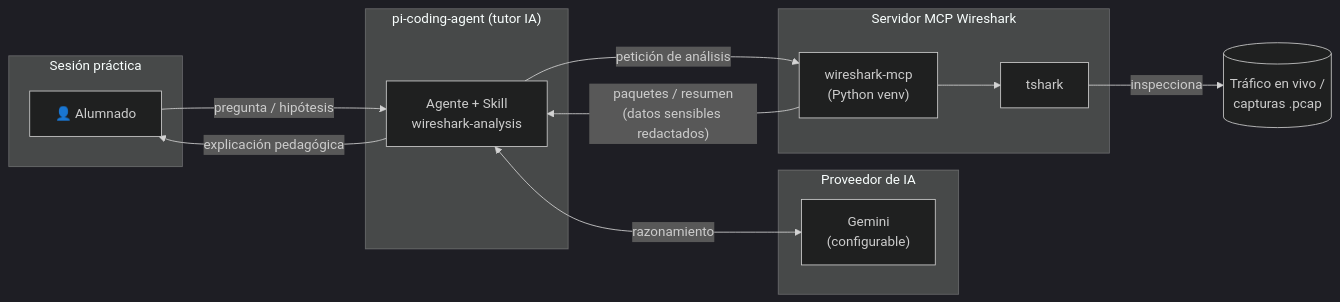
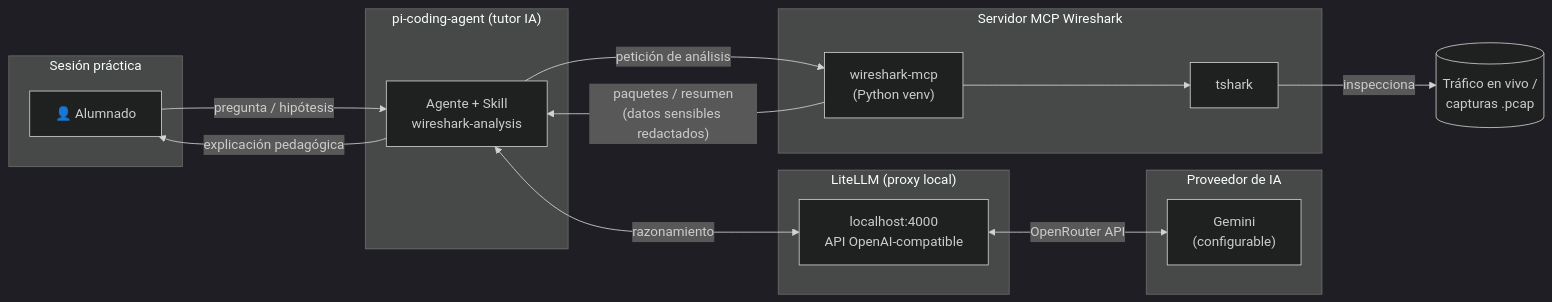
The diagram in README.md (linares2002/agent), drawn with Mermaid (dark theme) before and after one commit. The commit also changed other lines of this file, not shown here.

````diff
--- a/README.md
+++ b/README.md
@@ -21,29 +21,34 @@
 ```mermaid
 flowchart LR
     subgraph Alumno["Sesión práctica"]
         A["👤 Alumnado"]
     end
 
     subgraph Agente["pi-coding-agent (tutor IA)"]
         B["Agente + Skill\nwireshark-analysis"]
+    end
+
+    subgraph Proxy["LiteLLM (proxy local)"]
+        L["localhost:4000\nAPI OpenAI-compatible"]
     end
 
     subgraph Proveedor["Proveedor de IA"]
         C["Gemini\n(configurable)"]
     end
 
     subgraph MCP["Servidor MCP Wireshark"]
         D["wireshark-mcp\n(Python venv)"]
         E["tshark"]
     end
 
     F[("Tráfico en vivo /\ncapturas .pcap")]
 
     A -- "pregunta / hipótesis" --> B
     B -- "explicación pedagógica" --> A
-    B <-- "razonamiento" --> C
+    B <-- "razonamiento" --> L
+    L <-- "OpenRouter API" --> C
     B -- "petición de análisis" --> D
     D --> E
     E -- "inspecciona" --> F
     D -- "paquetes / resumen\n(datos sensibles redactados)" --> B
 ```
````
